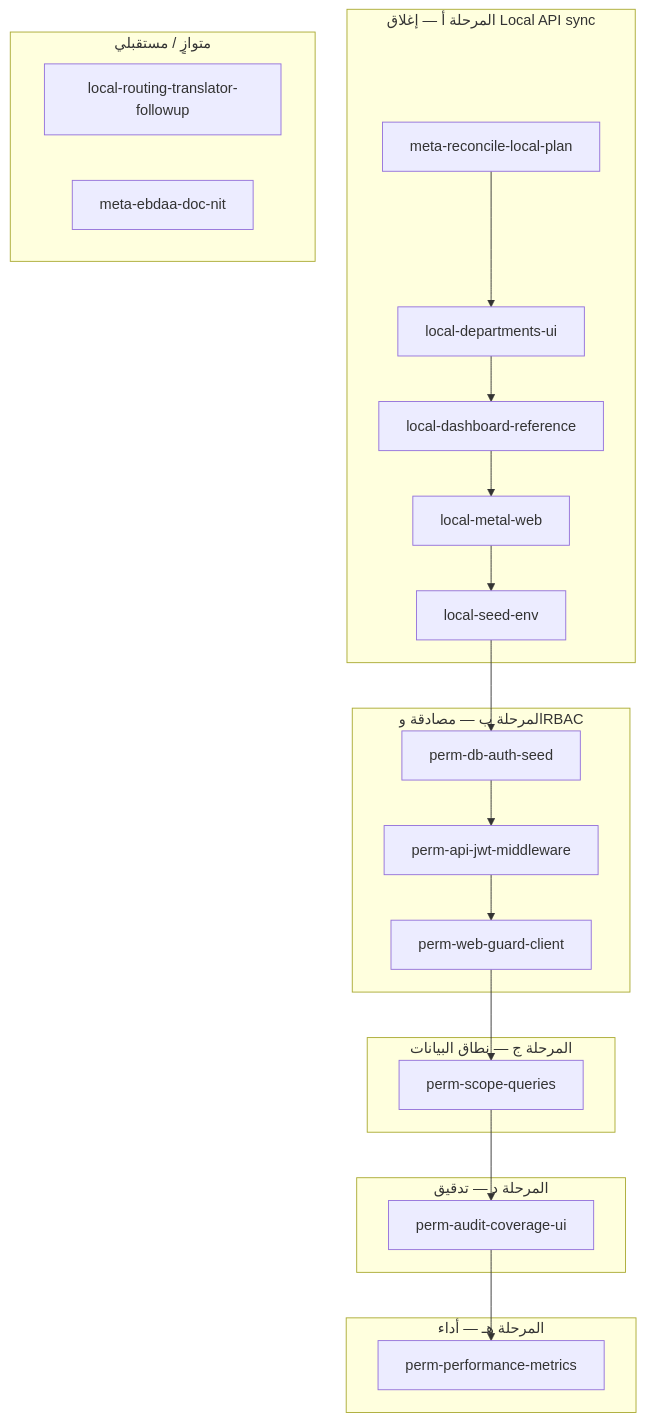
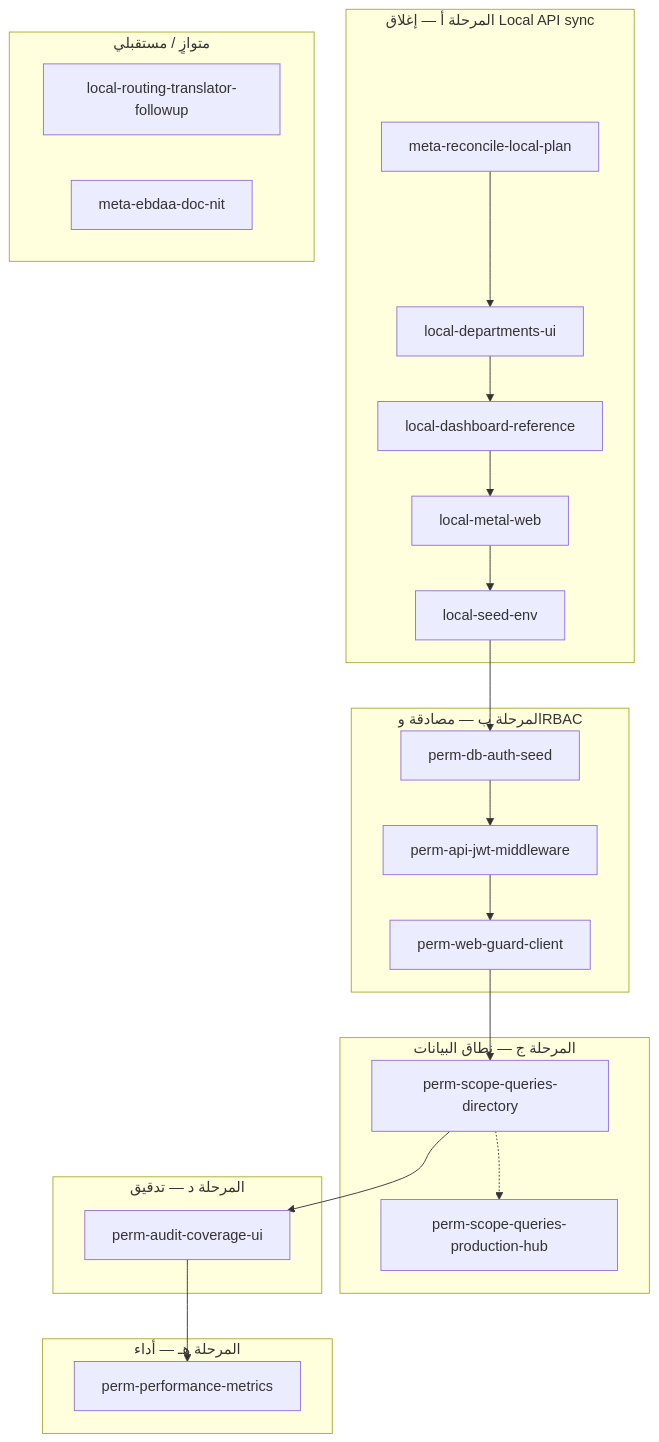
The diagram in .cursor/plans/plans_completion_roadmap_c4b8e2f1.plan.md (yasseriouss/Ebdaa-Production_Dashboard), drawn with Mermaid before and after one commit. The commit also changed other lines of this file and 279 other files, not shown here.

````diff
--- a/.cursor/plans/plans_completion_roadmap_c4b8e2f1.plan.md
+++ b/.cursor/plans/plans_completion_roadmap_c4b8e2f1.plan.md
@@ -58,38 +64,40 @@
 ```mermaid
 flowchart TB
   subgraph phaseA [المرحلة أ — إغلاق Local API sync]
     R[meta-reconcile-local-plan]
     D[local-departments-ui]
     REF[local-dashboard-reference]
     M[local-metal-web]
     S[local-seed-env]
     R --> D
     D --> REF
     REF --> M
     M --> S
   end
   subgraph phaseB [المرحلة ب — مصادقة وRBAC]
     DB[perm-db-auth-seed]
     API[perm-api-jwt-middleware]
     WEB[perm-web-guard-client]
     DB --> API
     API --> WEB
   end
   subgraph phaseC [المرحلة ج — نطاق البيانات]
-    SC[perm-scope-queries]
+    SCdir[perm-scope-queries-directory]
+    SCph[perm-scope-queries-production-hub]
+    SCdir -.-> SCph
   end
   subgraph phaseD [المرحلة د — تدقيق]
     AU[perm-audit-coverage-ui]
   end
   subgraph phaseE [المرحلة هـ — أداء]
     PF[perm-performance-metrics]
   end
   S --> DB
-  WEB --> SC
-  SC --> AU
+  WEB --> SCdir
+  SCdir --> AU
   AU --> PF
   subgraph parallel [متوازٍ / مستقبلي]
     RT[local-routing-translator-followup]
     EB[meta-ebdaa-doc-nit]
   end
 ```
````
